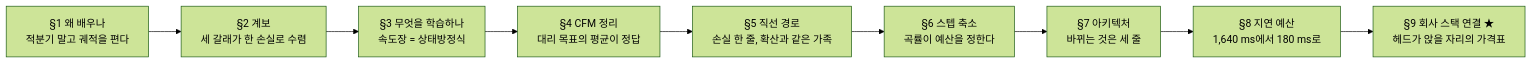
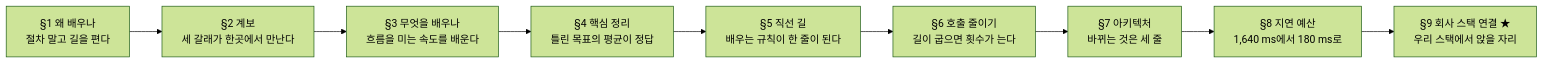
Before and after one commit to sguys99/physical-ai-study: the first of 5 diagrams in course/w1-generative-core/04-flow-matching/lesson.md, drawn with Mermaid (forest theme). The commit also changed other lines of this file and 14 other files, not shown here.

````diff
--- a/course/w1-generative-core/04-flow-matching/lesson.md
+++ b/course/w1-generative-core/04-flow-matching/lesson.md
@@ -41,11 +43,11 @@
 ```mermaid
 flowchart LR
-  S1["§1 왜 배우나<br/>적분기 말고 궤적을 편다"] --> S2["§2 계보<br/>세 갈래가 한 손실로 수렴"]
-  S2 --> S3["§3 무엇을 학습하나<br/>속도장 = 상태방정식"]
-  S3 --> S4["§4 CFM 정리<br/>대리 목표의 평균이 정답"]
-  S4 --> S5["§5 직선 경로<br/>손실 한 줄, 확산과 같은 가족"]
-  S5 --> S6["§6 스텝 축소<br/>곡률이 예산을 정한다"]
+  S1["§1 왜 배우나<br/>절차 말고 길을 편다"] --> S2["§2 계보<br/>세 갈래가 한곳에서 만난다"]
+  S2 --> S3["§3 무엇을 배우나<br/>흐름을 미는 속도를 배운다"]
+  S3 --> S4["§4 핵심 정리<br/>틀린 목표의 평균이 정답"]
+  S4 --> S5["§5 직선 길<br/>배우는 규칙이 한 줄이 된다"]
+  S5 --> S6["§6 호출 줄이기<br/>길이 굽으면 횟수가 는다"]
   S6 --> S7["§7 아키텍처<br/>바뀌는 것은 세 줄"]
   S7 --> S8["§8 지연 예산<br/>1,640 ms에서 180 ms로"]
-  S8 --> CO["§9 회사 스택 연결 ★<br/>헤드가 앉을 자리의 가격표"]
+  S8 --> CO["§9 회사 스택 연결 ★<br/>우리 스택에서 앉을 자리"]
 ```
````
